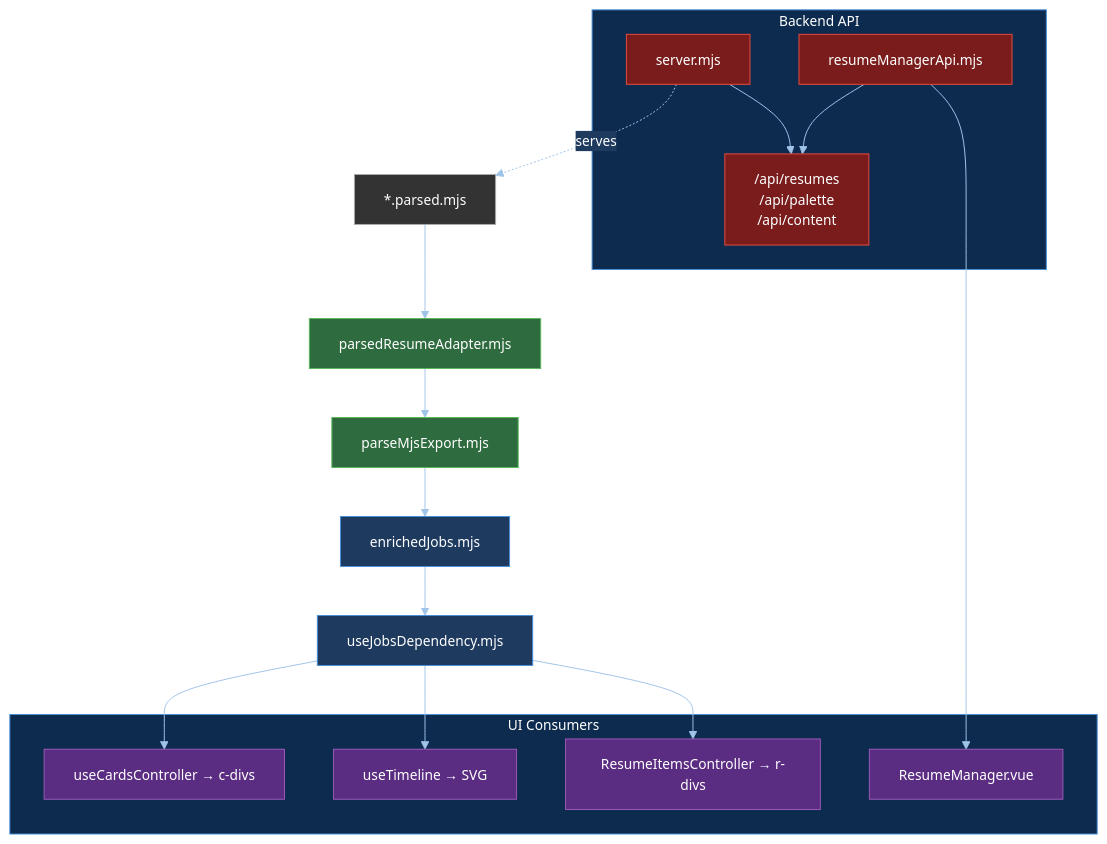
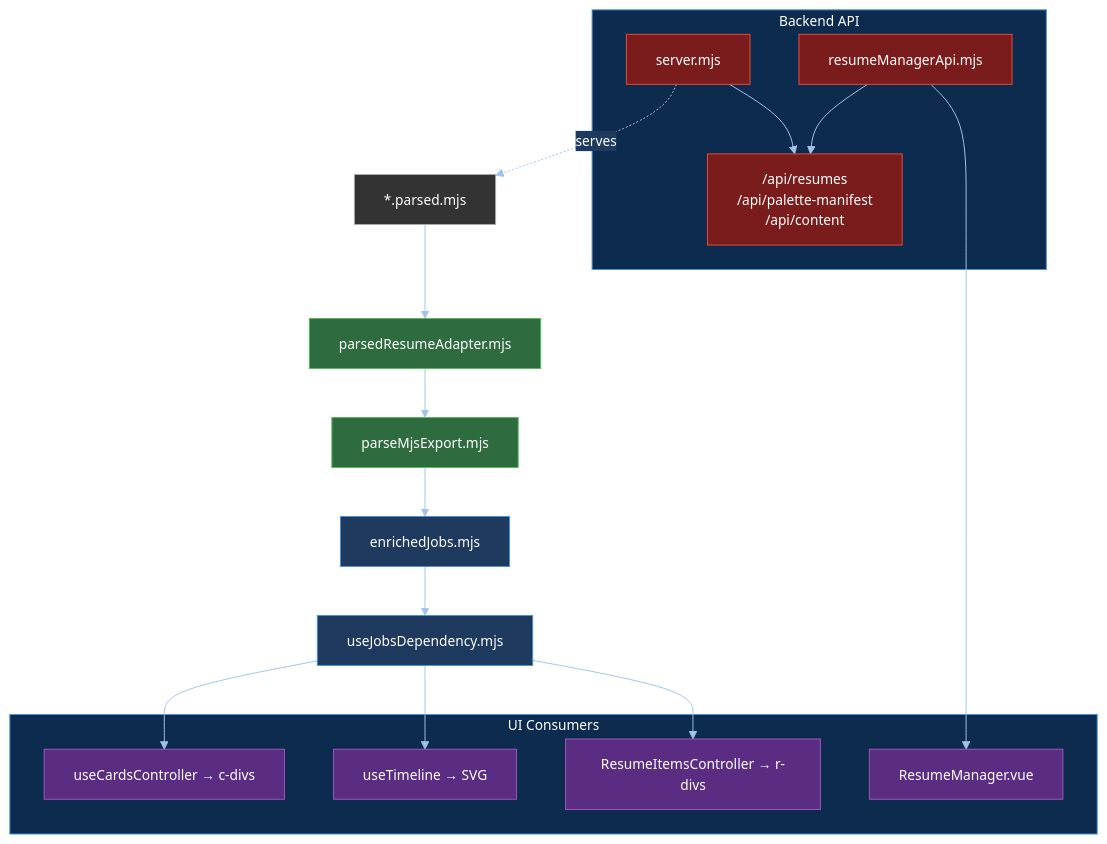
The seventh of 8 diagrams in docs/vue-architecture.md (sbecker11/resume-flyer), drawn with Mermaid before and after one commit. The commit also changed 42 other files, not shown here.

````diff
--- a/docs/vue-architecture.md
+++ b/docs/vue-architecture.md
@@ -426,43 +426,43 @@
 ```mermaid
 %%{init: {"theme":"base","themeVariables":{"primaryColor":"#1e3a5f","primaryTextColor":"#ffffff","primaryBorderColor":"#4a90d9","lineColor":"#a0c4e8","secondaryColor":"#2a4a7f","tertiaryColor":"#0d2b4e","clusterBkg":"#0d2b4e","clusterBorder":"#4a90d9","titleColor":"#ffffff","edgeLabelBackground":"#1e3a5f","fontFamily":"trebuchet ms, verdana, arial","fontSize":"14px"}}}%%
 flowchart TD
     ParsedFiles["*.parsed.mjs"]
     Adapter["parsedResumeAdapter.mjs"]
     ExportParser["parseMjsExport.mjs"]
     Enriched["enrichedJobs.mjs"]
     JobsDep["useJobsDependency.mjs"]
 
     subgraph BackendAPI["Backend API"]
         Server["server.mjs"]
-        Endpoints["/api/resumes\n/api/palette\n/api/content"]
+        Endpoints["/api/resumes\n/api/palette-manifest\n/api/content"]
         APIClient["resumeManagerApi.mjs"]
     end
 
     subgraph UIConsumers["UI Consumers"]
         Cards["useCardsController → c-divs"]
         Timeline["useTimeline → SVG"]
         ResumeItems["ResumeItemsController → r-divs"]
         ResumeMgrUI["ResumeManager.vue"]
     end
 
     classDef sourceNode fill:#333,stroke:#aaa,color:#fff
     classDef parseNode fill:#2e6b3e,stroke:#5cb85c,color:#fff
     classDef enrichNode fill:#1e3a5f,stroke:#4a90d9,color:#fff
     classDef apiNode fill:#7a1c1c,stroke:#e74c3c,color:#fff
     classDef consumerNode fill:#5a2d82,stroke:#9b59b6,color:#fff
 
     class ParsedFiles sourceNode
     class Adapter,ExportParser parseNode
     class Enriched,JobsDep enrichNode
     class Server,APIClient,Endpoints apiNode
     class Cards,Timeline,ResumeItems,ResumeMgrUI consumerNode
 
     ParsedFiles --> Adapter --> ExportParser --> Enriched --> JobsDep
     Server -.->|serves| ParsedFiles
     Server --> Endpoints
     APIClient --> Endpoints
     APIClient --> ResumeMgrUI
     JobsDep --> Cards
     JobsDep --> Timeline
     JobsDep --> ResumeItems
 ```
````
